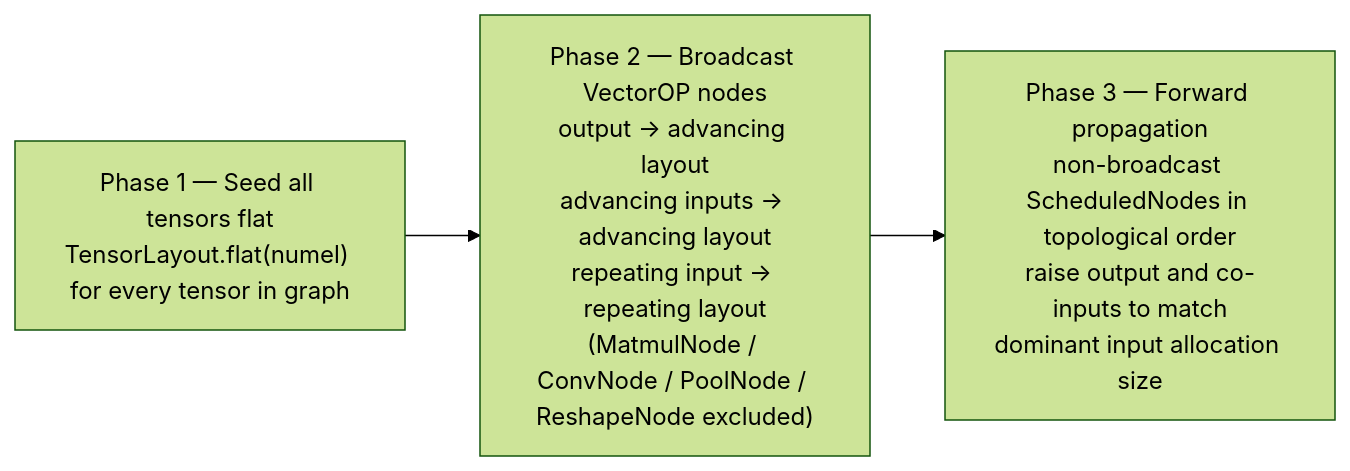
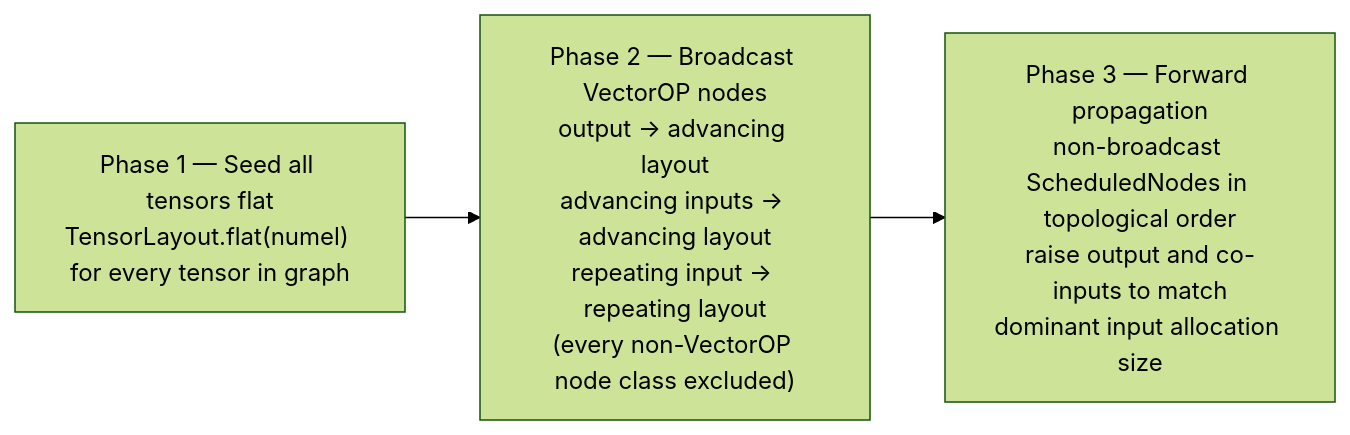
Before and after one commit to phoenix367/cormorant: the third of 6 diagrams in inference-scheduler/doc/ARCHITECTURE.md, drawn with Mermaid (forest theme). The commit also changed other lines of this file and 34 other files, not shown here.

````diff
--- a/inference-scheduler/doc/ARCHITECTURE.md
+++ b/inference-scheduler/doc/ARCHITECTURE.md
@@ -508,7 +595,7 @@
 ```mermaid
 flowchart LR
     P1["Phase 1 — Seed all tensors flat\nTensorLayout.flat(numel) for every tensor in graph"]
-    P2["Phase 2 — Broadcast VectorOP nodes\noutput → advancing layout\nadvancing inputs → advancing layout\nrepeating input → repeating layout\n(MatmulNode / ConvNode / PoolNode / ReshapeNode excluded)"]
+    P2["Phase 2 — Broadcast VectorOP nodes\noutput → advancing layout\nadvancing inputs → advancing layout\nrepeating input → repeating layout\n(every non-VectorOP node class excluded)"]
     P3["Phase 3 — Forward propagation\nnon-broadcast ScheduledNodes in topological order\nraise output and co-inputs to match\ndominant input allocation size"]
     P1 --> P2 --> P3
 ```
````
